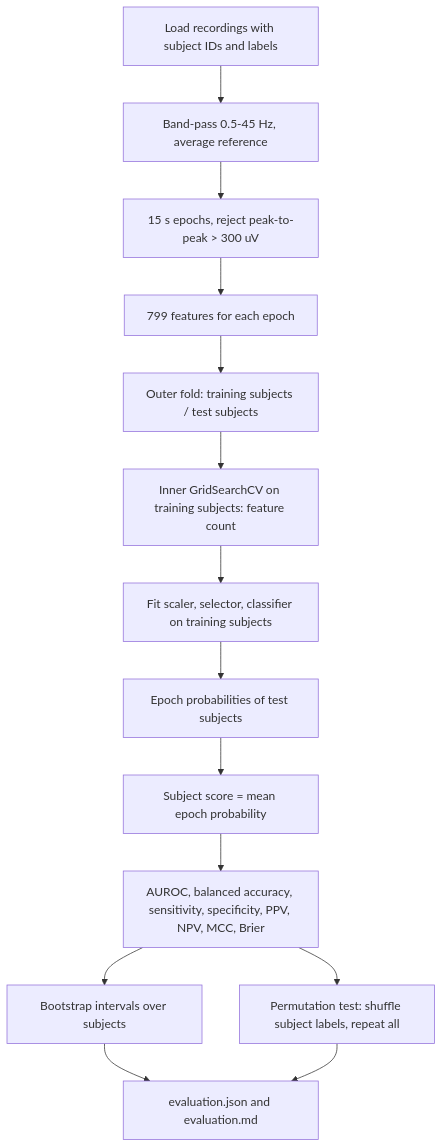
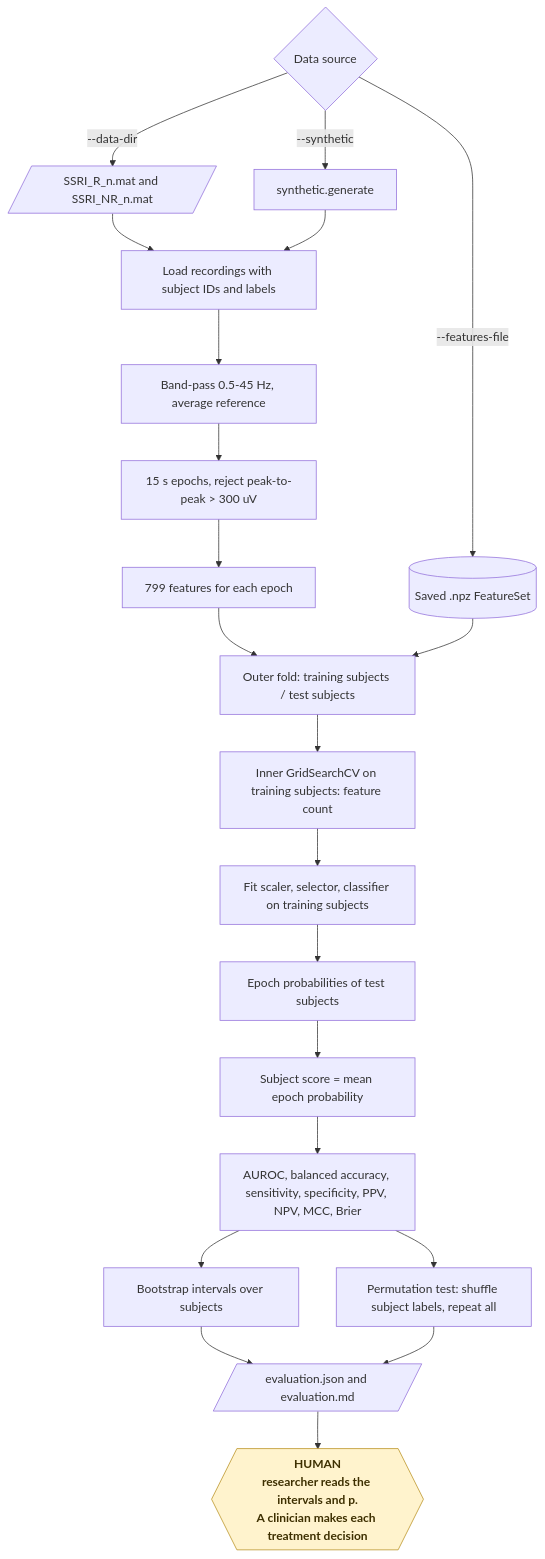
Before and after one commit to KrishnaAnnavaram/eeg-rx: the fifth of 18 diagrams in README.md, drawn with Mermaid. The commit also changed other lines of this file, not shown here.

Commit message:
Add the workflow diagrams to the README

````diff
--- a/README.md
+++ b/README.md
@@ -205,16 +264,26 @@
 ```mermaid
-flowchart TB
-    L["Load recordings with subject IDs and labels"] --> P["Band-pass 0.5-45 Hz, average reference"]
+flowchart TD
+    SRC{"Data source"} -- "--data-dir" --> MAT[/"SSRI_R_n.mat and SSRI_NR_n.mat"/]
+    SRC -- "--synthetic" --> SYN["synthetic.generate"]
+    SRC -- "--features-file" --> NPZ[("Saved .npz FeatureSet")]
+    MAT --> L["Load recordings with subject IDs and labels"]
+    SYN --> L
+    L --> P["Band-pass 0.5-45 Hz, average reference"]
     P --> E["15 s epochs, reject peak-to-peak > 300 uV"]
     E --> F["799 features for each epoch"]
     F --> O["Outer fold: training subjects / test subjects"]
+    NPZ --> O
     O --> I["Inner GridSearchCV on training subjects: feature count"]
     I --> M["Fit scaler, selector, classifier on training subjects"]
     M --> T["Epoch probabilities of test subjects"]
     T --> A["Subject score = mean epoch probability"]
     A --> X["AUROC, balanced accuracy, sensitivity, specificity, PPV, NPV, MCC, Brier"]
     X --> B["Bootstrap intervals over subjects"]
     X --> PT["Permutation test: shuffle subject labels, repeat all"]
-    B --> R["evaluation.json and evaluation.md"]
+    B --> R[/"evaluation.json and evaluation.md"/]
     PT --> R
+    R --> HUMAN{{"HUMAN<br/>researcher reads the intervals and p.<br/>A clinician makes each treatment decision"}}
+
+    classDef human fill:#fff3cd,stroke:#b8901f,color:#3d2f00,font-weight:bold
+    class HUMAN human
 ```
````
